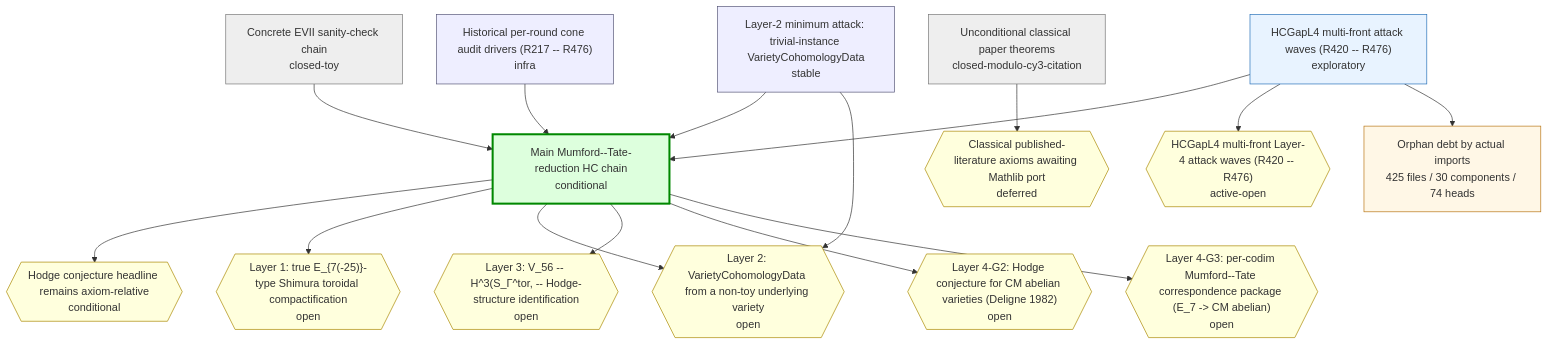
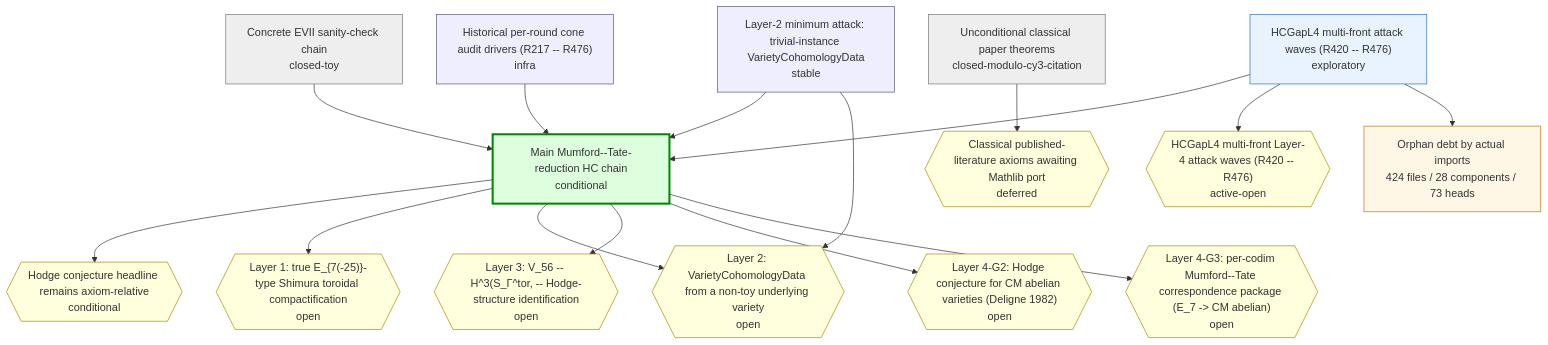
One commit to crabsatellite/hodge-conjecture-lean4-formalization changed the first of 2 diagrams in chain-status/research-map.md. Above: the diagram before and after it, drawn with Mermaid. The commit also changed other lines of this file and 8 other files, not shown here.

````diff
--- a/chain-status/research-map.md
+++ b/chain-status/research-map.md
@@ -40,44 +40,44 @@
 ```mermaid
 graph TD
   classDef main fill:#dfd,stroke:#080,stroke-width:3px
   classDef active fill:#e8f3ff,stroke:#2670b8
   classDef support fill:#eef,stroke:#557
   classDef closed fill:#eee,stroke:#777
   classDef dead fill:#fdd,stroke:#a00,stroke-width:2px
   classDef gapOpen fill:#ffd,stroke:#a80
   classDef gapClosed fill:#eee,stroke:#777
   classDef gapDead fill:#fdd,stroke:#a00
   classDef debt fill:#fff7e6,stroke:#b87514
   classDef debtTaxonomy fill:#e8f3ff,stroke:#2670b8,stroke-dasharray:3 3
   classDef debtRule fill:#eefbea,stroke:#398439,stroke-dasharray:3 3
   classDef debtDead fill:#fdd,stroke:#a00,stroke-dasharray:3 3
   chain_main_hc_axiom_relative["Main Mumford--Tate-reduction HC chain\nconditional"]:::main
   chain_unconditional_classical["Unconditional classical paper theorems\nclosed-modulo-cy3-citation"]:::closed
   chain_hcgap_l2_trivial_instances["Layer-2 minimum attack: trivial-instance VarietyCohomologyData\nstable"]:::support
   chain_hcgap_l4_multifront_active["HCGapL4 multi-front attack waves (R420 -- R476)\nexploratory"]:::active
   chain_concrete_evii_toy["Concrete EVII sanity-check chain\nclosed-toy"]:::closed
   chain_historical_cone_audits["Historical per-round cone audit drivers (R217 -- R476)\ninfra"]:::support
   gap_G_main_hc{{"Hodge conjecture headline remains axiom-relative\nconditional"}}:::gapOpen
   gap_G_l1_e7_shimura_tor{{"Layer 1: true E_{7(-25)}-type Shimura toroidal compactification\nopen"}}:::gapOpen
   gap_G_l2_cohomology_construction{{"Layer 2: VarietyCohomologyData from a non-toy underlying variety\nopen"}}:::gapOpen
   gap_G_l3_v56_mt_identification{{"Layer 3: V_56 -- H^3(S_Γ^tor, -- Hodge-structure identification\nopen"}}:::gapOpen
   gap_G_l4_cm_abelian_hc{{"Layer 4-G2: Hodge conjecture for CM abelian varieties (Deligne 1982)\nopen"}}:::gapOpen
   gap_G_l4_mt_correspondence{{"Layer 4-G3: per-codim Mumford--Tate correspondence package (E_7 -> CM abelian)\nopen"}}:::gapOpen
   gap_G_classical_mathlib_port{{"Classical published-literature axioms awaiting Mathlib port\ndeferred"}}:::gapOpen
   gap_G_hcgap_l4_multifront{{"HCGapL4 multi-front Layer-4 attack waves (R420 -- R476)\nactive-open"}}:::gapOpen
   chain_main_hc_axiom_relative --> gap_G_main_hc
   chain_main_hc_axiom_relative --> gap_G_l1_e7_shimura_tor
   chain_main_hc_axiom_relative --> gap_G_l2_cohomology_construction
   chain_main_hc_axiom_relative --> gap_G_l3_v56_mt_identification
   chain_main_hc_axiom_relative --> gap_G_l4_cm_abelian_hc
   chain_main_hc_axiom_relative --> gap_G_l4_mt_correspondence
   chain_unconditional_classical --> gap_G_classical_mathlib_port
   chain_hcgap_l2_trivial_instances --> chain_main_hc_axiom_relative
   chain_hcgap_l2_trivial_instances --> gap_G_l2_cohomology_construction
   chain_hcgap_l4_multifront_active --> chain_main_hc_axiom_relative
   chain_hcgap_l4_multifront_active --> gap_G_hcgap_l4_multifront
   chain_concrete_evii_toy --> chain_main_hc_axiom_relative
   chain_historical_cone_audits --> chain_main_hc_axiom_relative
-  debt_all["Orphan debt by actual imports\n425 files / 30 components / 74 heads"]:::debt
+  debt_all["Orphan debt by actual imports\n424 files / 28 components / 73 heads"]:::debt
   chain_hcgap_l4_multifront_active --> debt_all
 ```
````
